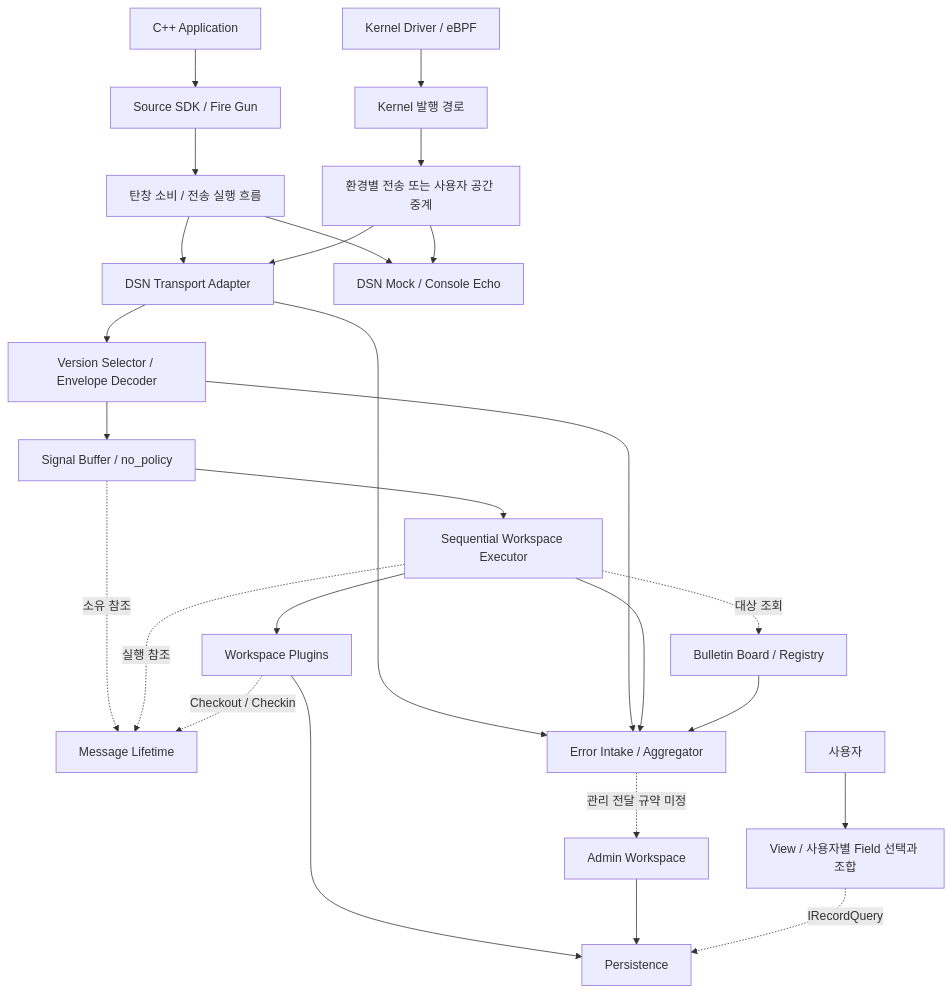
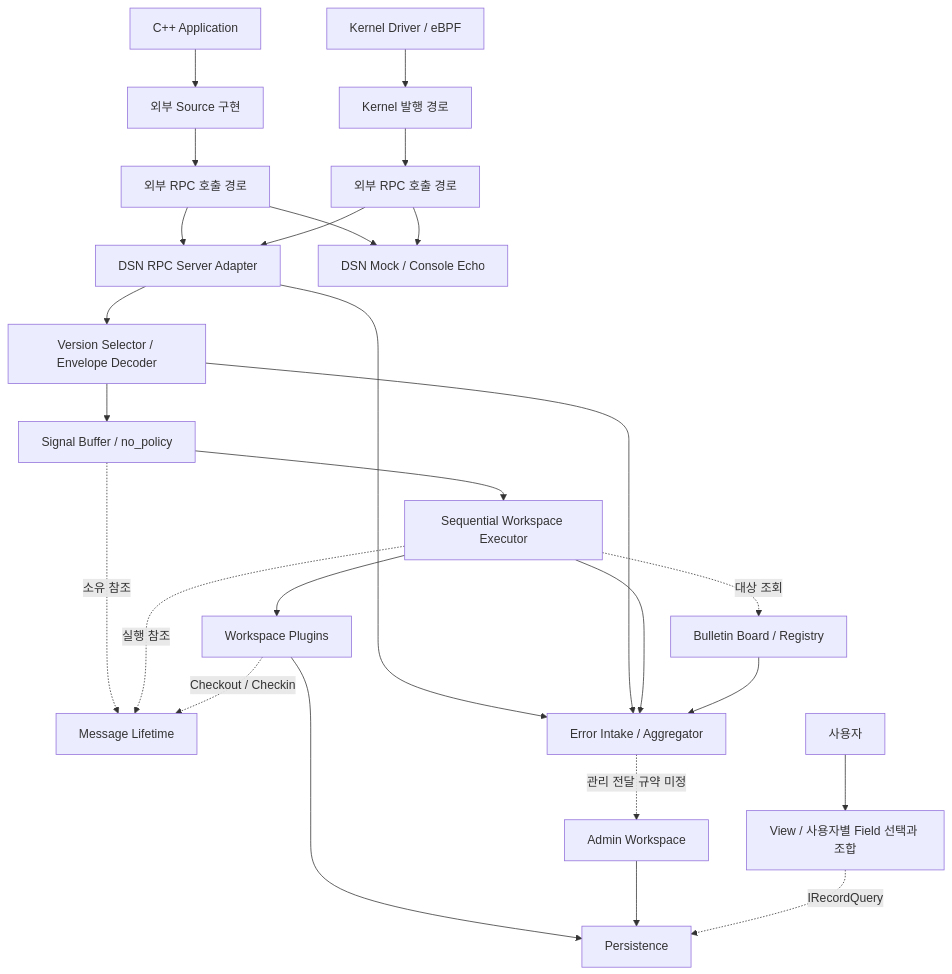
The first of 7 diagrams in docs/arch/06-structural-views.md (south-hive/project-dsn), drawn with Mermaid before and after one commit. The commit also changed other lines of this file and 26 other files, not shown here.

````diff
--- a/docs/arch/06-structural-views.md
+++ b/docs/arch/06-structural-views.md
@@ -11,28 +11,28 @@
 ```mermaid
 flowchart TB
-    App["C++ Application"] --> SDK["Source SDK / Fire Gun"]
+    App["C++ Application"] --> SDK["외부 Source 구현"]
     Kernel["Kernel Driver / eBPF"] --> KA["Kernel 발행 경로"]
-    SDK --> Sender["탄창 소비 / 전송 실행 흐름"]
-    KA --> Bridge["환경별 전송 또는 사용자 공간 중계"]
-    Sender --> TA["DSN Transport Adapter"]
+    SDK --> Sender["외부 RPC 호출 경로"]
+    KA --> Bridge["외부 RPC 호출 경로"]
+    Sender --> TA["DSN RPC Server Adapter"]
     Bridge --> TA
     TA --> DEC["Version Selector / Envelope Decoder"]
     DEC --> Q["Signal Buffer / no_policy"]
     Q --> RUN["Sequential Workspace Executor"]
     RUN -. "대상 조회" .-> BB["Bulletin Board / Registry"]
     RUN --> WS["Workspace Plugins"]
     Q -. "소유 참조" .-> ML["Message Lifetime"]
     RUN -. "실행 참조" .-> ML
     WS -. "Checkout / Checkin" .-> ML
     WS --> PS["Persistence"]
     TA --> ER["Error Intake / Aggregator"]
     DEC --> ER
     RUN --> ER
     BB --> ER
     ER -. "관리 전달 규약 미정" .-> ADMIN["Admin Workspace"]
     ADMIN --> PS
     User["사용자"] --> VIEW["View / 사용자별 Field 선택과 조합"]
     VIEW -. "IRecordQuery" .-> PS
     Sender --> MOCK["DSN Mock / Console Echo"]
     Bridge --> MOCK
 ```
````
